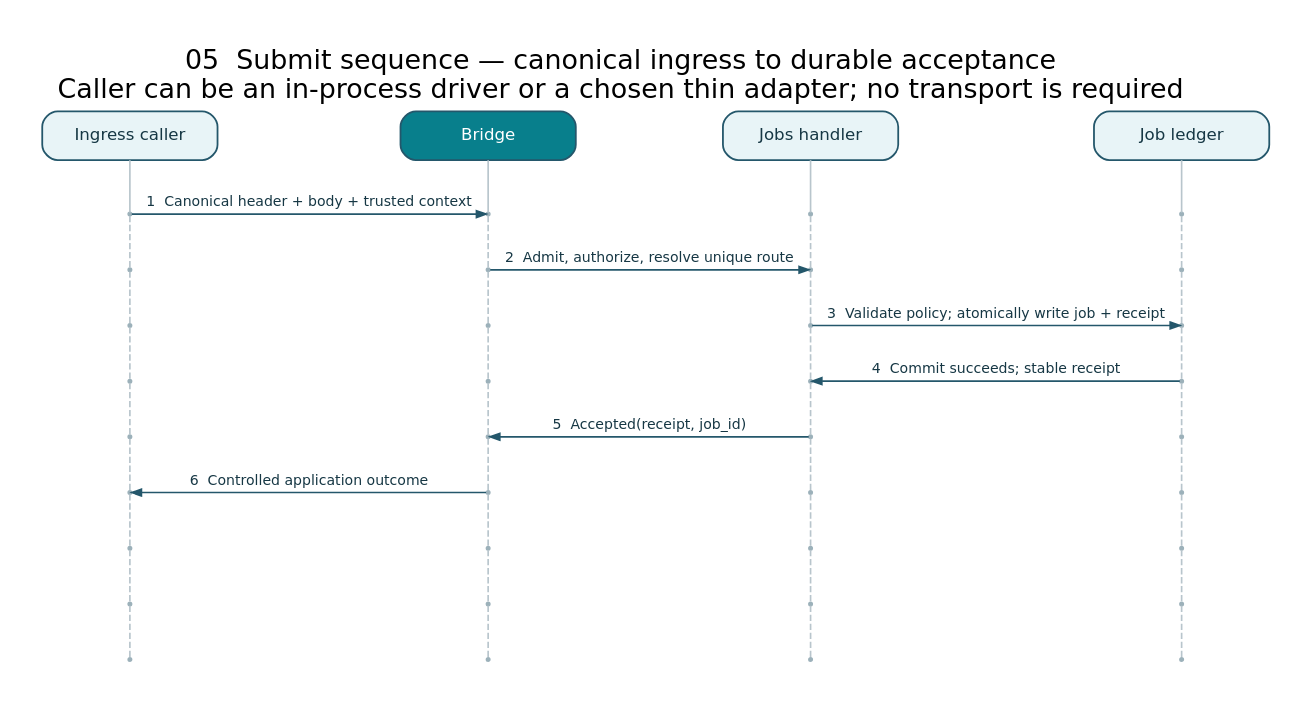
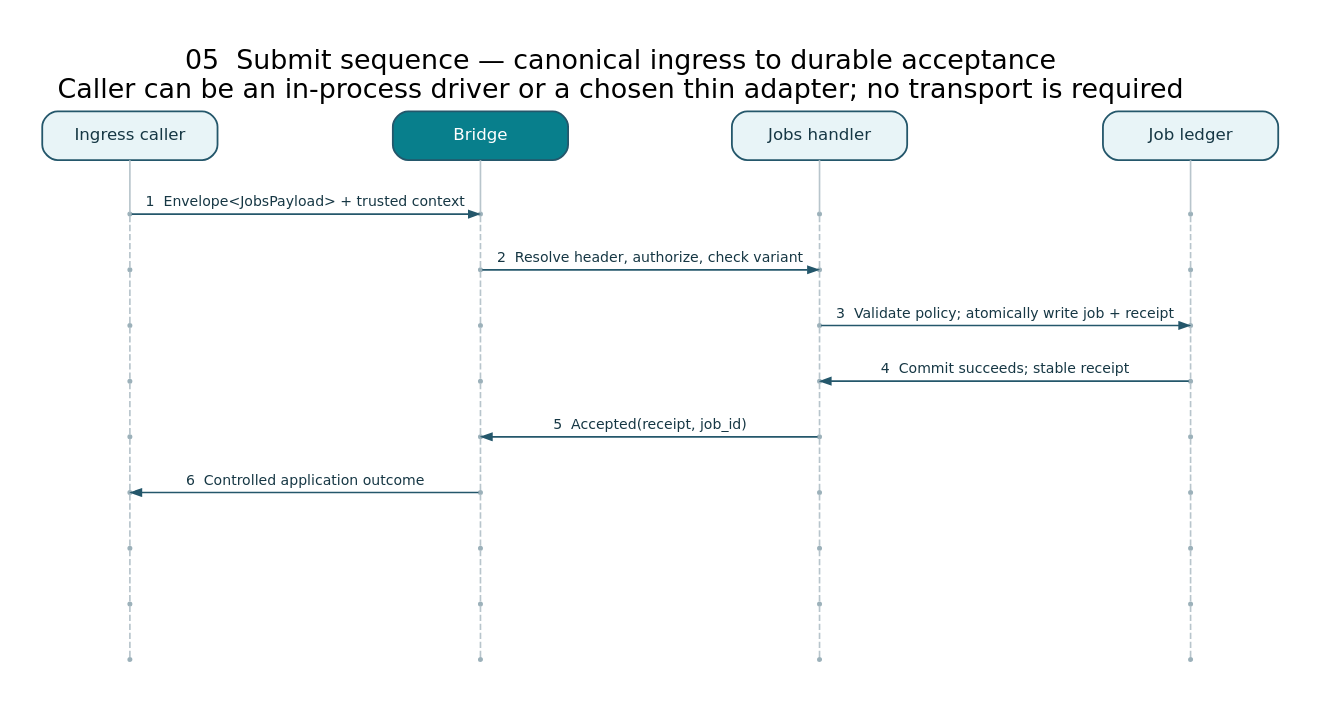
The diagram in docs/architecture/diagrams/05-submit-sequence.dot (roachmaster/homelab), drawn with Graphviz before and after one commit. The commit also changed 15 other files, not shown here.

```diff
--- a/docs/architecture/diagrams/05-submit-sequence.dot
+++ b/docs/architecture/diagrams/05-submit-sequence.dot
@@ -1,106 +1,106 @@
 digraph Sequence {
 graph [fontname="DejaVu Sans", fontsize=21, labelloc=t, labeljust=l, pad=0.35, nodesep=0.65, ranksep=0.9, bgcolor="white"]; node [shape=box, style="rounded,filled", fontname="DejaVu Sans", fontsize=13, margin="0.22,0.16", color="#24576b", fillcolor="#e8f4f7", fontcolor="#163744", penwidth=1.4]; edge [fontname="DejaVu Sans", fontsize=11, color="#56717d", fontcolor="#34505f", penwidth=1.3, arrowsize=0.75];
 graph [ranksep=0.55, nodesep=0.3]; label="05  Submit sequence — canonical ingress to durable acceptance\nCaller can be an in-process driver or a chosen thin adapter; no transport is required";
 h0 [label="Ingress caller", group="g0", fillcolor="#e8f4f7", width=1.9];
 h1 [label="Bridge", group="g1", fillcolor="#087f8c", fontcolor="white", width=1.9];
 h2 [label="Jobs handler", group="g2", fillcolor="#e8f4f7", width=1.9];
 h3 [label="Job ledger", group="g3", fillcolor="#e8f4f7", width=1.9];
 {rank=same; h0; h1; h2; h3;}
 h0 -> h1 -> h2 -> h3 [style=invis];
 n0_0 [shape=point, width=0.035, label="", fillcolor="#9cb1ba", color="#9cb1ba", group="g0"];
 n0_1 [shape=point, width=0.035, label="", fillcolor="#9cb1ba", color="#9cb1ba", group="g1"];
 n0_2 [shape=point, width=0.035, label="", fillcolor="#9cb1ba", color="#9cb1ba", group="g2"];
 n0_3 [shape=point, width=0.035, label="", fillcolor="#9cb1ba", color="#9cb1ba", group="g3"];
 {rank=same; n0_0; n0_1; n0_2; n0_3;}
 n0_0 -> n0_1 -> n0_2 -> n0_3 [style=invis, weight=10];
 n1_0 [shape=point, width=0.035, label="", fillcolor="#9cb1ba", color="#9cb1ba", group="g0"];
 n1_1 [shape=point, width=0.035, label="", fillcolor="#9cb1ba", color="#9cb1ba", group="g1"];
 n1_2 [shape=point, width=0.035, label="", fillcolor="#9cb1ba", color="#9cb1ba", group="g2"];
 n1_3 [shape=point, width=0.035, label="", fillcolor="#9cb1ba", color="#9cb1ba", group="g3"];
 {rank=same; n1_0; n1_1; n1_2; n1_3;}
 n1_0 -> n1_1 -> n1_2 -> n1_3 [style=invis, weight=10];
 n2_0 [shape=point, width=0.035, label="", fillcolor="#9cb1ba", color="#9cb1ba", group="g0"];
 n2_1 [shape=point, width=0.035, label="", fillcolor="#9cb1ba", color="#9cb1ba", group="g1"];
 n2_2 [shape=point, width=0.035, label="", fillcolor="#9cb1ba", color="#9cb1ba", group="g2"];
 n2_3 [shape=point, width=0.035, label="", fillcolor="#9cb1ba", color="#9cb1ba", group="g3"];
 {rank=same; n2_0; n2_1; n2_2; n2_3;}
 n2_0 -> n2_1 -> n2_2 -> n2_3 [style=invis, weight=10];
 n3_0 [shape=point, width=0.035, label="", fillcolor="#9cb1ba", color="#9cb1ba", group="g0"];
 n3_1 [shape=point, width=0.035, label="", fillcolor="#9cb1ba", color="#9cb1ba", group="g1"];
 n3_2 [shape=point, width=0.035, label="", fillcolor="#9cb1ba", color="#9cb1ba", group="g2"];
 n3_3 [shape=point, width=0.035, label="", fillcolor="#9cb1ba", color="#9cb1ba", group="g3"];
 {rank=same; n3_0; n3_1; n3_2; n3_3;}
 n3_0 -> n3_1 -> n3_2 -> n3_3 [style=invis, weight=10];
 n4_0 [shape=point, width=0.035, label="", fillcolor="#9cb1ba", color="#9cb1ba", group="g0"];
 n4_1 [shape=point, width=0.035, label="", fillcolor="#9cb1ba", color="#9cb1ba", group="g1"];
 n4_2 [shape=point, width=0.035, label="", fillcolor="#9cb1ba", color="#9cb1ba", group="g2"];
 n4_3 [shape=point, width=0.035, label="", fillcolor="#9cb1ba", color="#9cb1ba", group="g3"];
 {rank=same; n4_0; n4_1; n4_2; n4_3;}
 n4_0 -> n4_1 -> n4_2 -> n4_3 [style=invis, weight=10];
 n5_0 [shape=point, width=0.035, label="", fillcolor="#9cb1ba", color="#9cb1ba", group="g0"];
 n5_1 [shape=point, width=0.035, label="", fillcolor="#9cb1ba", color="#9cb1ba", group="g1"];
 n5_2 [shape=point, width=0.035, label="", fillcolor="#9cb1ba", color="#9cb1ba", group="g2"];
 n5_3 [shape=point, width=0.035, label="", fillcolor="#9cb1ba", color="#9cb1ba", group="g3"];
 {rank=same; n5_0; n5_1; n5_2; n5_3;}
 n5_0 -> n5_1 -> n5_2 -> n5_3 [style=invis, weight=10];
 n6_0 [shape=point, width=0.035, label="", fillcolor="#9cb1ba", color="#9cb1ba", group="g0"];
 n6_1 [shape=point, width=0.035, label="", fillcolor="#9cb1ba", color="#9cb1ba", group="g1"];
 n6_2 [shape=point, width=0.035, label="", fillcolor="#9cb1ba", color="#9cb1ba", group="g2"];
 n6_3 [shape=point, width=0.035, label="", fillcolor="#9cb1ba", color="#9cb1ba", group="g3"];
 {rank=same; n6_0; n6_1; n6_2; n6_3;}
 n6_0 -> n6_1 -> n6_2 -> n6_3 [style=invis, weight=10];
 n7_0 [shape=point, width=0.035, label="", fillcolor="#9cb1ba", color="#9cb1ba", group="g0"];
 n7_1 [shape=point, width=0.035, label="", fillcolor="#9cb1ba", color="#9cb1ba", group="g1"];
 n7_2 [shape=point, width=0.035, label="", fillcolor="#9cb1ba", color="#9cb1ba", group="g2"];
 n7_3 [shape=point, width=0.035, label="", fillcolor="#9cb1ba", color="#9cb1ba", group="g3"];
 {rank=same; n7_0; n7_1; n7_2; n7_3;}
 n7_0 -> n7_1 -> n7_2 -> n7_3 [style=invis, weight=10];
 n8_0 [shape=point, width=0.035, label="", fillcolor="#9cb1ba", color="#9cb1ba", group="g0"];
 n8_1 [shape=point, width=0.035, label="", fillcolor="#9cb1ba", color="#9cb1ba", group="g1"];
 n8_2 [shape=point, width=0.035, label="", fillcolor="#9cb1ba", color="#9cb1ba", group="g2"];
 n8_3 [shape=point, width=0.035, label="", fillcolor="#9cb1ba", color="#9cb1ba", group="g3"];
 {rank=same; n8_0; n8_1; n8_2; n8_3;}
 n8_0 -> n8_1 -> n8_2 -> n8_3 [style=invis, weight=10];
 h0 -> n0_0 [arrowhead=none, color="#b8c5cc"];
 n0_0 -> n1_0 [arrowhead=none, color="#b8c5cc", style=dashed, weight=20];
 n1_0 -> n2_0 [arrowhead=none, color="#b8c5cc", style=dashed, weight=20];
 n2_0 -> n3_0 [arrowhead=none, color="#b8c5cc", style=dashed, weight=20];
 n3_0 -> n4_0 [arrowhead=none, color="#b8c5cc", style=dashed, weight=20];
 n4_0 -> n5_0 [arrowhead=none, color="#b8c5cc", style=dashed, weight=20];
 n5_0 -> n6_0 [arrowhead=none, color="#b8c5cc", style=dashed, weight=20];
 n6_0 -> n7_0 [arrowhead=none, color="#b8c5cc", style=dashed, weight=20];
 n7_0 -> n8_0 [arrowhead=none, color="#b8c5cc", style=dashed, weight=20];
 h1 -> n0_1 [arrowhead=none, color="#b8c5cc"];
 n0_1 -> n1_1 [arrowhead=none, color="#b8c5cc", style=dashed, weight=20];
 n1_1 -> n2_1 [arrowhead=none, color="#b8c5cc", style=dashed, weight=20];
 n2_1 -> n3_1 [arrowhead=none, color="#b8c5cc", style=dashed, weight=20];
 n3_1 -> n4_1 [arrowhead=none, color="#b8c5cc", style=dashed, weight=20];
 n4_1 -> n5_1 [arrowhead=none, color="#b8c5cc", style=dashed, weight=20];
 n5_1 -> n6_1 [arrowhead=none, color="#b8c5cc", style=dashed, weight=20];
 n6_1 -> n7_1 [arrowhead=none, color="#b8c5cc", style=dashed, weight=20];
 n7_1 -> n8_1 [arrowhead=none, color="#b8c5cc", style=dashed, weight=20];
 h2 -> n0_2 [arrowhead=none, color="#b8c5cc"];
 n0_2 -> n1_2 [arrowhead=none, color="#b8c5cc", style=dashed, weight=20];
 n1_2 -> n2_2 [arrowhead=none, color="#b8c5cc", style=dashed, weight=20];
 n2_2 -> n3_2 [arrowhead=none, color="#b8c5cc", style=dashed, weight=20];
 n3_2 -> n4_2 [arrowhead=none, color="#b8c5cc", style=dashed, weight=20];
 n4_2 -> n5_2 [arrowhead=none, color="#b8c5cc", style=dashed, weight=20];
 n5_2 -> n6_2 [arrowhead=none, color="#b8c5cc", style=dashed, weight=20];
 n6_2 -> n7_2 [arrowhead=none, color="#b8c5cc", style=dashed, weight=20];
 n7_2 -> n8_2 [arrowhead=none, color="#b8c5cc", style=dashed, weight=20];
 h3 -> n0_3 [arrowhead=none, color="#b8c5cc"];
 n0_3 -> n1_3 [arrowhead=none, color="#b8c5cc", style=dashed, weight=20];
 n1_3 -> n2_3 [arrowhead=none, color="#b8c5cc", style=dashed, weight=20];
 n2_3 -> n3_3 [arrowhead=none, color="#b8c5cc", style=dashed, weight=20];
 n3_3 -> n4_3 [arrowhead=none, color="#b8c5cc", style=dashed, weight=20];
 n4_3 -> n5_3 [arrowhead=none, color="#b8c5cc", style=dashed, weight=20];
 n5_3 -> n6_3 [arrowhead=none, color="#b8c5cc", style=dashed, weight=20];
 n6_3 -> n7_3 [arrowhead=none, color="#b8c5cc", style=dashed, weight=20];
 n7_3 -> n8_3 [arrowhead=none, color="#b8c5cc", style=dashed, weight=20];
-n0_0 -> n0_1 [label="1  Canonical header + body + trusted context", constraint=false, color="#24576b", fontcolor="#163744", fontsize=11];
-n1_1 -> n1_2 [label="2  Admit, authorize, resolve unique route", constraint=false, color="#24576b", fontcolor="#163744", fontsize=11];
+n0_0 -> n0_1 [label="1  Envelope<JobsPayload> + trusted context", constraint=false, color="#24576b", fontcolor="#163744", fontsize=11];
+n1_1 -> n1_2 [label="2  Resolve header, authorize, check variant", constraint=false, color="#24576b", fontcolor="#163744", fontsize=11];
 n2_2 -> n2_3 [label="3  Validate policy; atomically write job + receipt", constraint=false, color="#24576b", fontcolor="#163744", fontsize=11];
 n3_3 -> n3_2 [label="4  Commit succeeds; stable receipt", constraint=false, color="#24576b", fontcolor="#163744", fontsize=11];
 n4_2 -> n4_1 [label="5  Accepted(receipt, job_id)", constraint=false, color="#24576b", fontcolor="#163744", fontsize=11];
 n5_1 -> n5_0 [label="6  Controlled application outcome", constraint=false, color="#24576b", fontcolor="#163744", fontsize=11];
 }
```
